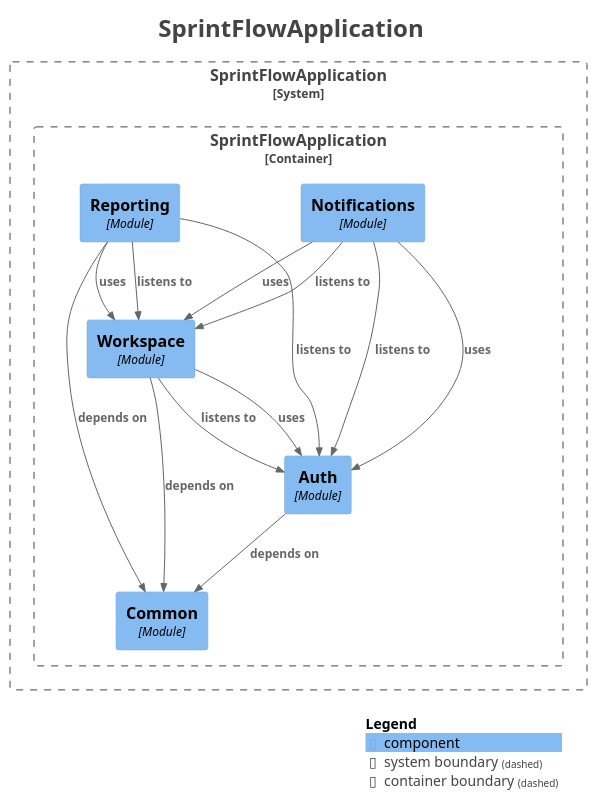
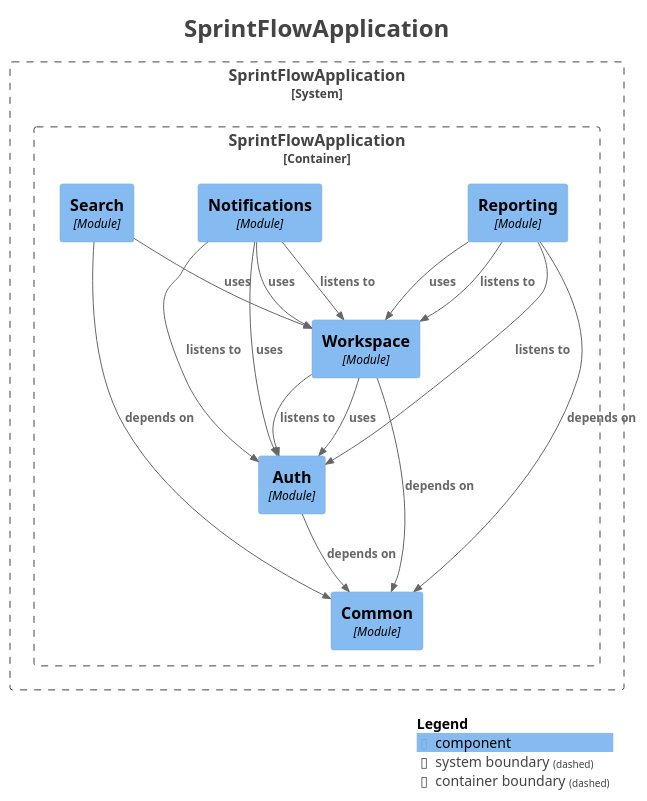
Before and after one commit to Mouaz7/sprintflow-insight: the diagram in docs/architecture/components.puml, drawn with PlantUML. The commit also changed 56 other files, not shown here.

```diff
--- a/docs/architecture/components.puml
+++ b/docs/architecture/components.puml
@@ -1,44 +1,47 @@
 @startuml
 title <size:24>SprintFlowApplication</size>
 
 set separator none
 top to bottom direction
 
 <style>
   root {
     BackgroundColor: #ffffff
     FontColor: #444444
   }
 </style>
 
 !include <C4/C4>
 !include <C4/C4_Context>
 !include <C4/C4_Component>
 
 System_Boundary("SprintFlowApplication_boundary", "SprintFlowApplication", $tags="") {
   Container_Boundary("SprintFlowApplication.SprintFlowApplication_boundary", "SprintFlowApplication", $tags="") {
     Component(SprintFlowApplication.SprintFlowApplication.Common, "Common", $techn="Module", $descr="", $tags="", $link="")
     Component(SprintFlowApplication.SprintFlowApplication.Auth, "Auth", $techn="Module", $descr="", $tags="", $link="")
     Component(SprintFlowApplication.SprintFlowApplication.Workspace, "Workspace", $techn="Module", $descr="", $tags="", $link="")
     Component(SprintFlowApplication.SprintFlowApplication.Notifications, "Notifications", $techn="Module", $descr="", $tags="", $link="")
     Component(SprintFlowApplication.SprintFlowApplication.Reporting, "Reporting", $techn="Module", $descr="", $tags="", $link="")
+    Component(SprintFlowApplication.SprintFlowApplication.Search, "Search", $techn="Module", $descr="", $tags="", $link="")
   }
 
 }
 
 Rel(SprintFlowApplication.SprintFlowApplication.Notifications, SprintFlowApplication.SprintFlowApplication.Auth, "uses", $techn="", $tags="", $link="")
 Rel(SprintFlowApplication.SprintFlowApplication.Notifications, SprintFlowApplication.SprintFlowApplication.Workspace, "uses", $techn="", $tags="", $link="")
 Rel(SprintFlowApplication.SprintFlowApplication.Workspace, SprintFlowApplication.SprintFlowApplication.Auth, "listens to", $techn="", $tags="", $link="")
 Rel(SprintFlowApplication.SprintFlowApplication.Workspace, SprintFlowApplication.SprintFlowApplication.Common, "depends on", $techn="", $tags="", $link="")
 Rel(SprintFlowApplication.SprintFlowApplication.Workspace, SprintFlowApplication.SprintFlowApplication.Auth, "uses", $techn="", $tags="", $link="")
 Rel(SprintFlowApplication.SprintFlowApplication.Auth, SprintFlowApplication.SprintFlowApplication.Common, "depends on", $techn="", $tags="", $link="")
 Rel(SprintFlowApplication.SprintFlowApplication.Reporting, SprintFlowApplication.SprintFlowApplication.Workspace, "listens to", $techn="", $tags="", $link="")
 Rel(SprintFlowApplication.SprintFlowApplication.Reporting, SprintFlowApplication.SprintFlowApplication.Auth, "listens to", $techn="", $tags="", $link="")
 Rel(SprintFlowApplication.SprintFlowApplication.Reporting, SprintFlowApplication.SprintFlowApplication.Common, "depends on", $techn="", $tags="", $link="")
 Rel(SprintFlowApplication.SprintFlowApplication.Reporting, SprintFlowApplication.SprintFlowApplication.Workspace, "uses", $techn="", $tags="", $link="")
 Rel(SprintFlowApplication.SprintFlowApplication.Notifications, SprintFlowApplication.SprintFlowApplication.Workspace, "listens to", $techn="", $tags="", $link="")
 Rel(SprintFlowApplication.SprintFlowApplication.Notifications, SprintFlowApplication.SprintFlowApplication.Auth, "listens to", $techn="", $tags="", $link="")
+Rel(SprintFlowApplication.SprintFlowApplication.Search, SprintFlowApplication.SprintFlowApplication.Common, "depends on", $techn="", $tags="", $link="")
+Rel(SprintFlowApplication.SprintFlowApplication.Search, SprintFlowApplication.SprintFlowApplication.Workspace, "uses", $techn="", $tags="", $link="")
 
 SHOW_LEGEND(true)
 hide stereotypes
 @enduml
```
